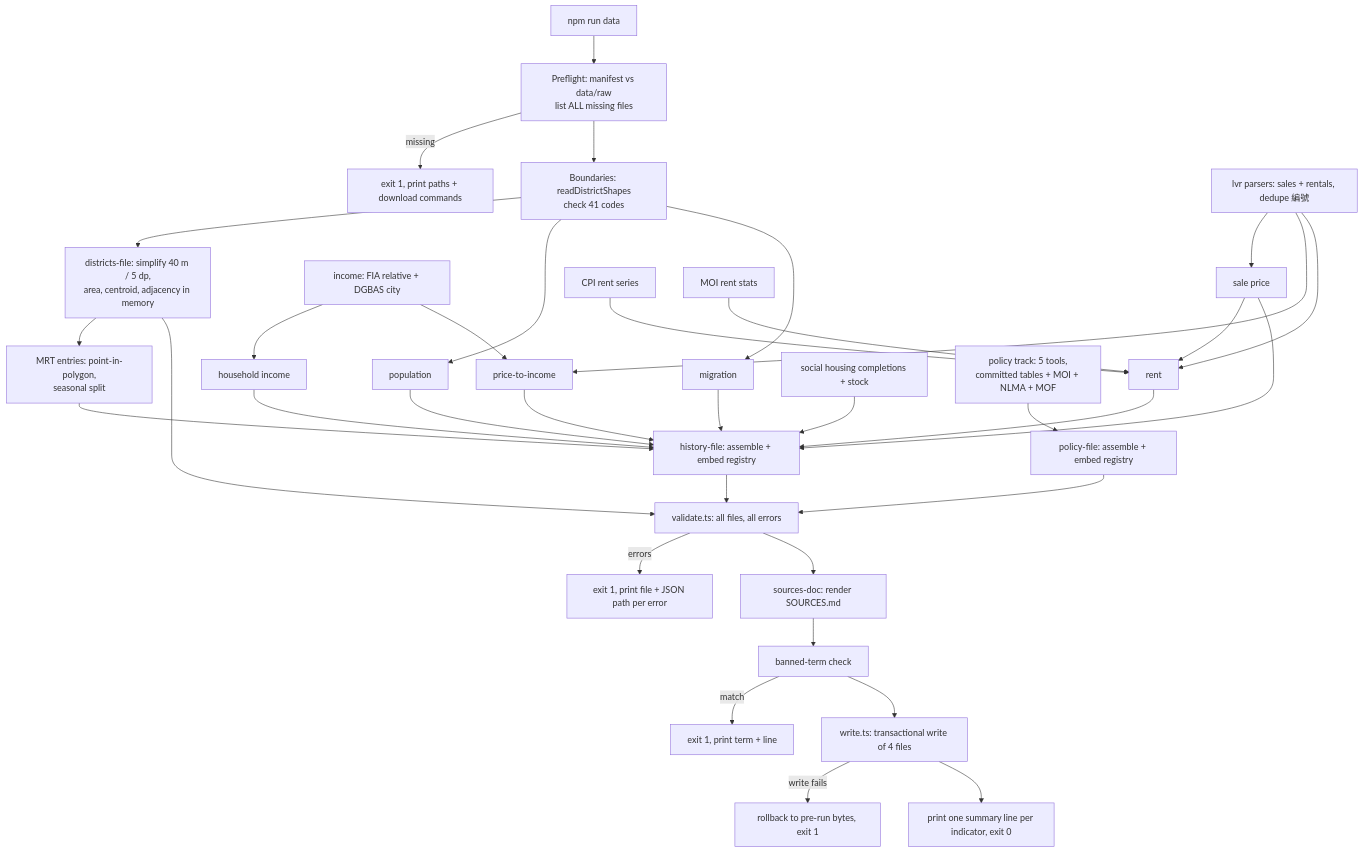
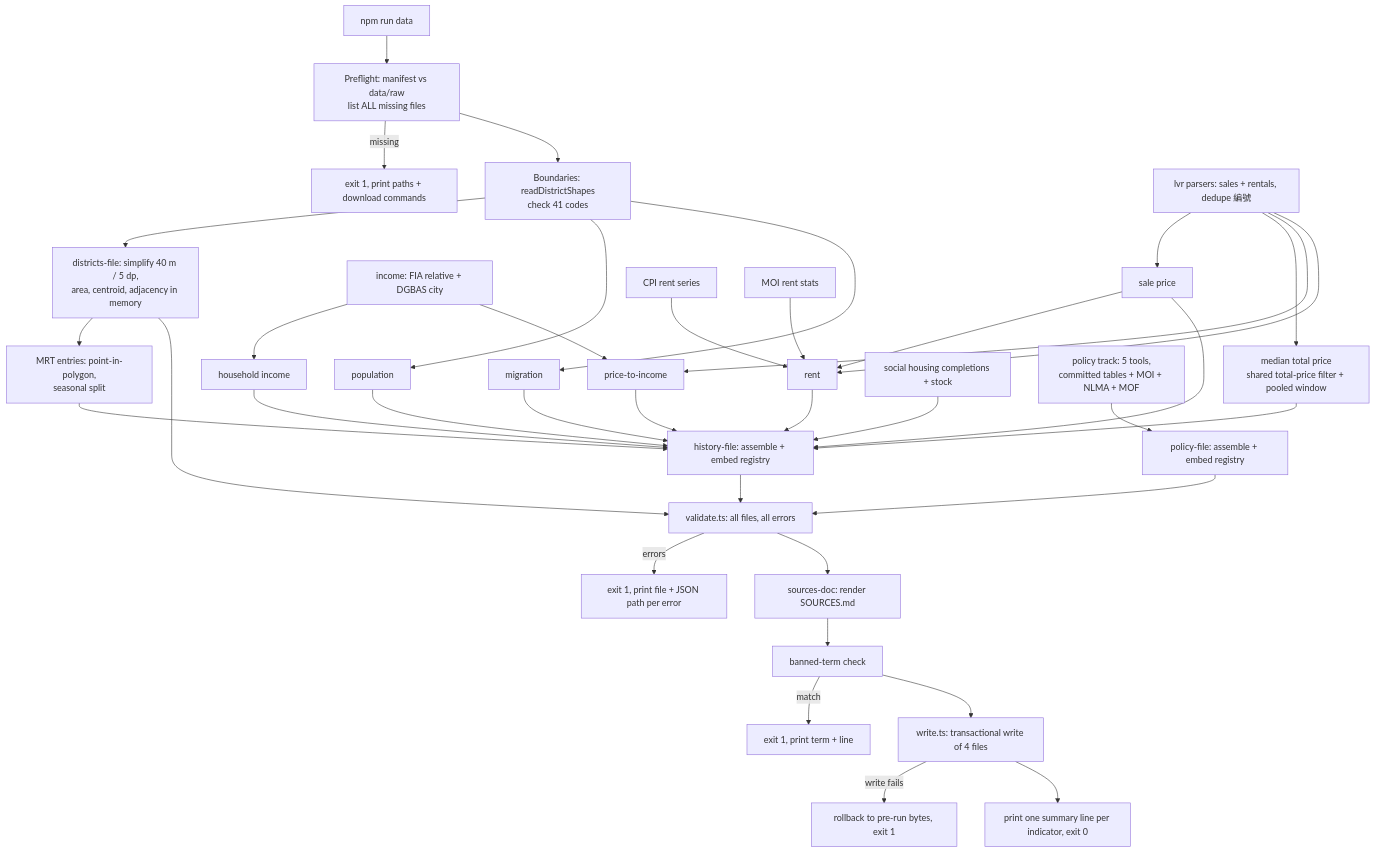
Before and after one commit to SaraWang047671020/butterfly-city: the diagram in .kiro/specs/data-pipeline/design.md, drawn with Mermaid. The commit also changed other lines of this file and 6 other files, not shown here.

Commit message:
spec(game-ui): requirements, design and tasks; spec(data-pipeline): add district medianTotalPrice (Requirement 19, tasks 16-21)

````diff
--- a/.kiro/specs/data-pipeline/design.md
+++ b/.kiro/specs/data-pipeline/design.md
@@ -122,31 +125,32 @@
 ```mermaid
 flowchart TD
   A[npm run data] --> P[Preflight: manifest vs data/raw<br/>list ALL missing files]
   P -->|missing| X1[exit 1, print paths + download commands]
   P --> B[Boundaries: readDistrictShapes<br/>check 41 codes]
   B --> D[districts-file: simplify 40 m / 5 dp,<br/>area, centroid, adjacency in memory]
   B --> POP[population]
   B --> MIG[migration]
   INC[income: FIA relative + DGBAS city] --> HI[household income]
   LVR[lvr parsers: sales + rentals, dedupe 編號] --> SP[sale price]
+  LVR --> MTP["median total price<br/>shared total-price filter + pooled window"]
   LVR --> HPI[price-to-income]
   INC --> HPI
   LVR --> RENT[rent]
   CPI[CPI rent series] --> RENT
   RS[MOI rent stats] --> RENT
   SP --> RENT
   D --> MRT[MRT entries: point-in-polygon,<br/>seasonal split]
   SH[social housing completions + stock]
   PT[policy track: 5 tools,<br/>committed tables + MOI + NLMA + MOF] --> PF[policy-file: assemble + embed registry]
-  POP & MIG & HI & SP & RENT & HPI & MRT & SH --> H[history-file: assemble + embed registry]
+  POP & MIG & HI & SP & MTP & RENT & HPI & MRT & SH --> H[history-file: assemble + embed registry]
   D --> V
   H --> V[validate.ts: all files, all errors]
   PF --> V
   V -->|errors| X2[exit 1, print file + JSON path per error]
   V --> S[sources-doc: render SOURCES.md]
   S --> BT[banned-term check]
   BT -->|match| X3[exit 1, print term + line]
   BT --> W[write.ts: transactional write of 4 files]
   W -->|write fails| R[rollback to pre-run bytes, exit 1]
   W --> OK[print one summary line per indicator, exit 0]
 ```
````
